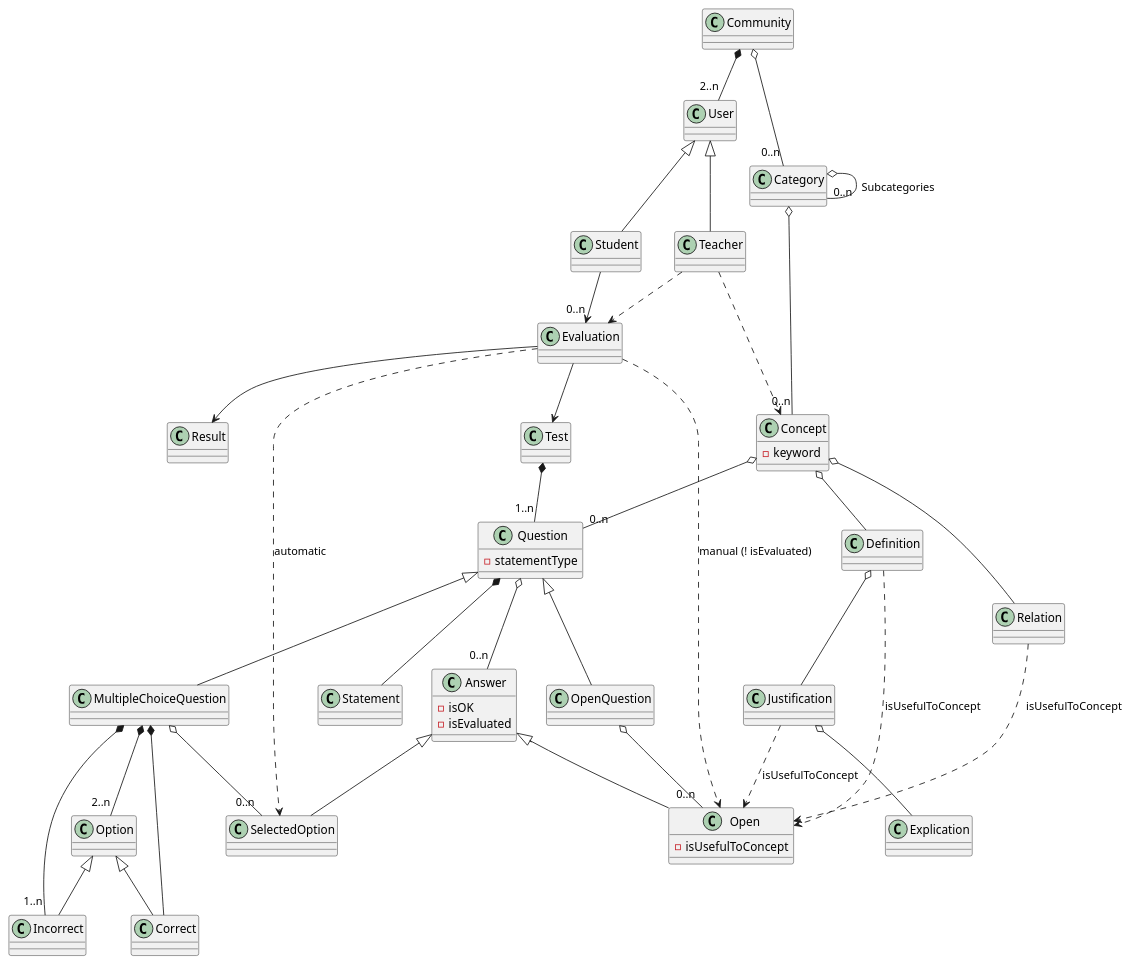
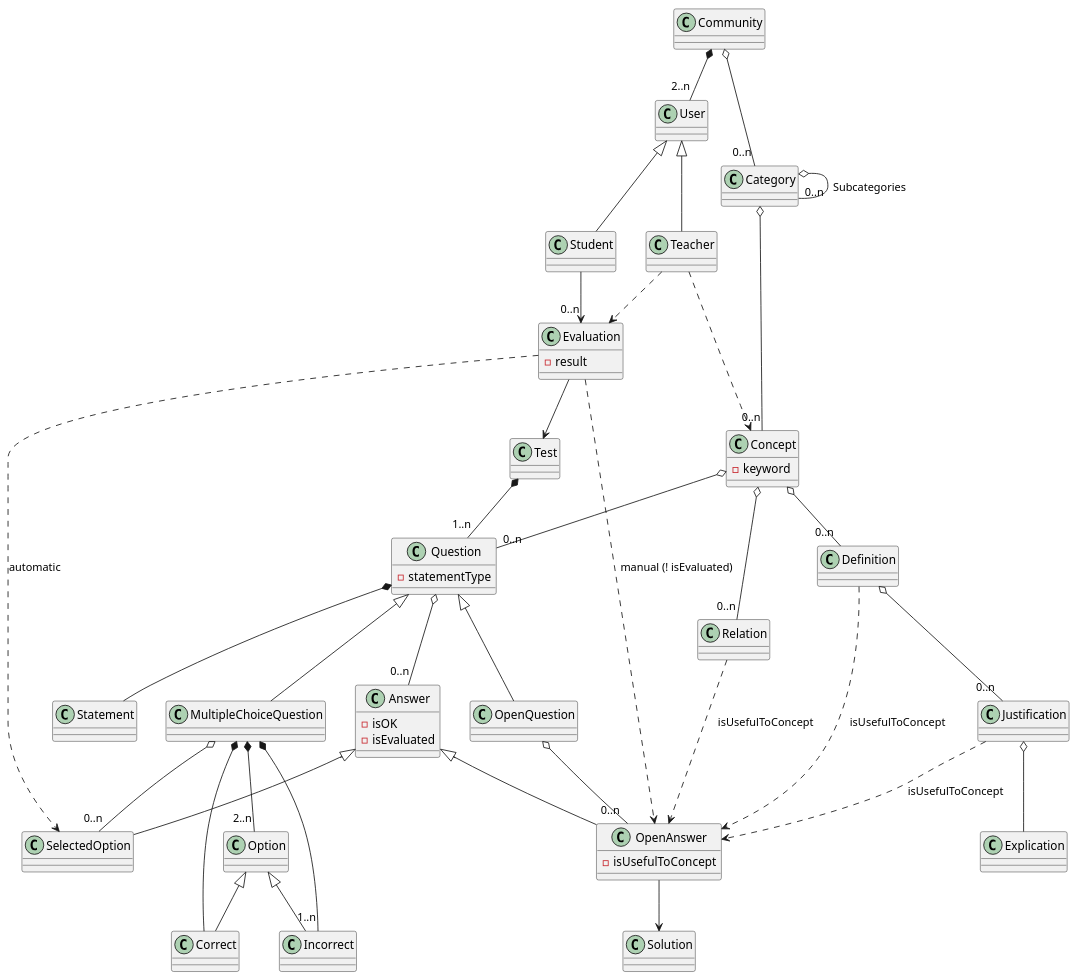
The diagram in doc/dominio_clases.puml (Joselon/ProyectoOpoTest), drawn with PlantUML before and after one commit. The commit also changed 6 other files, not shown here.

```diff
--- a/doc/dominio_clases.puml
+++ b/doc/dominio_clases.puml
@@ -1,97 +1,97 @@
 @startuml OpoTestDomain
 
 class Community
 
 class User
 
 class Teacher
 
 class Student
 
-class Evaluation
-
-class Result
+class Evaluation {
+    - result
+}
 
 class Category 
 
 class Test 
 
 class Concept {
     - keyword
 }
 
 class Question {
     - statementType
 }
 
 class Statement
 
 class Answer {
     - isOK
     - isEvaluated
 }
 
 class MultipleChoiceQuestion
 
 class OpenQuestion
 
 class Option
 
 class Correct
 
 Class Incorrect
 
-class Open {
+class OpenAnswer {
     - isUsefulToConcept
 }
 
 Class SelectedOption
 
 
 Community *--"2..n" User
 Community o--"0..n" Category
 
 Category o--"0..n" Category : Subcategories
 
 User <|-- Teacher
 User <|-- Student
 
 Teacher ..> Concept
 Category o--"0..n" Concept
 'Concept --o Category
 Concept o--"0..n" Question
 'Question --o Concept
-Concept o-- Definition
-Definition o-- Justification
+Concept o--"0..n" Definition
+Definition o--"0..n" Justification
 Justification o-- Explication
-Concept o-- Relation
+Concept o--"0..n" Relation
 
 Student -->"0..n" Evaluation
 Evaluation --> Test
-Evaluation --> Result
 
 Teacher ..> Evaluation
-Definition ..> Open :isUsefulToConcept
-Justification ..> Open :isUsefulToConcept
-Relation ..> Open :isUsefulToConcept
+Definition ..> OpenAnswer :isUsefulToConcept
+Justification ..> OpenAnswer :isUsefulToConcept
+Relation ..> OpenAnswer :isUsefulToConcept
 
-Evaluation ..> Open : manual (! isEvaluated)
+Evaluation ..> OpenAnswer : manual (! isEvaluated)
 Evaluation ..> SelectedOption : automatic
 
 Test *--"1..n" Question
 Question <|-- MultipleChoiceQuestion
 Question <|-- OpenQuestion
 Question *--   Statement
 MultipleChoiceQuestion *--"2..n" Option
 Option <|-- Incorrect
 Option <|-- Correct
 MultipleChoiceQuestion *-- Correct
 MultipleChoiceQuestion *--"1..n" Incorrect
 MultipleChoiceQuestion o--"0..n" SelectedOption
-OpenQuestion o--"0..n" Open
+OpenQuestion o--"0..n" OpenAnswer
 Question o--"0..n" Answer
-Answer <|-- Open
+Answer <|-- OpenAnswer
 Answer <|-- SelectedOption
+OpenAnswer --> Solution
 
 
 @enduml
```
